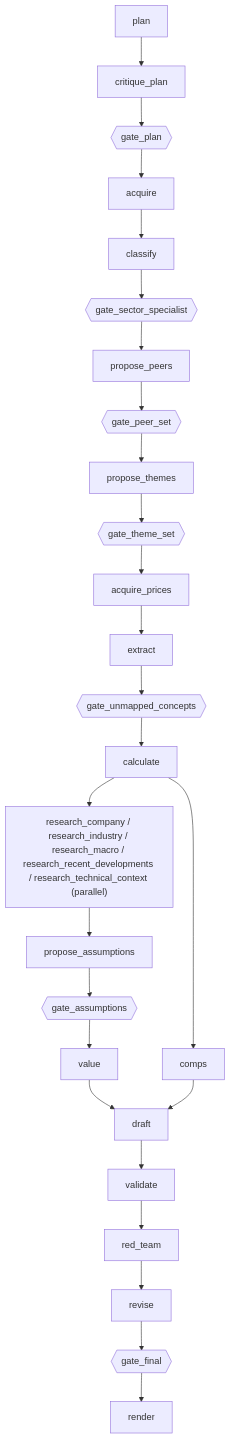
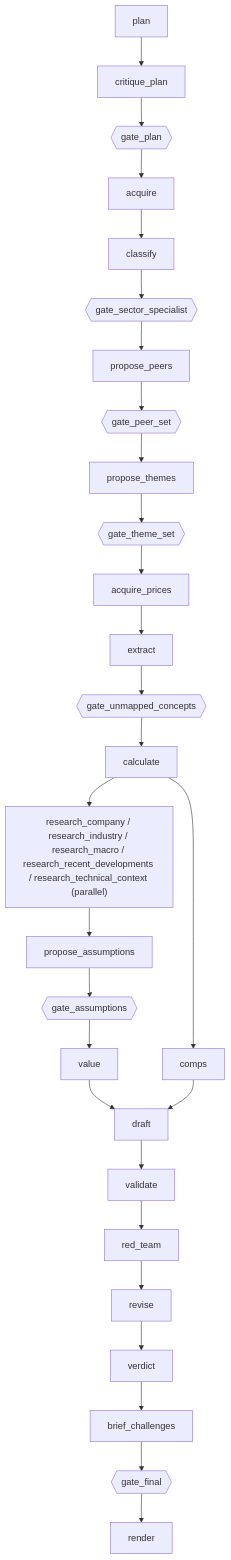
The first of 2 diagrams in docs/developers/knowledge-map.md (rzeminski16-cell/AgeanticInvestmentPlatform), drawn with Mermaid before and after one commit. The commit also changed other lines of this file and 16 other files, not shown here.

````diff
--- a/docs/developers/knowledge-map.md
+++ b/docs/developers/knowledge-map.md
@@ -47,17 +47,18 @@
 ```mermaid
 flowchart TD
     plan --> critique_plan --> gate_plan{{gate_plan}}
     gate_plan --> acquire --> classify
     classify --> gate_sector_specialist{{gate_sector_specialist}}
     gate_sector_specialist --> propose_peers --> gate_peer_set{{gate_peer_set}}
     gate_peer_set --> propose_themes --> gate_theme_set{{gate_theme_set}}
     gate_theme_set --> acquire_prices --> extract
     extract --> gate_unmapped_concepts{{gate_unmapped_concepts}}
     gate_unmapped_concepts --> calculate
     calculate --> research["research_company / research_industry / research_macro / research_recent_developments / research_technical_context (parallel)"]
     calculate --> comps
     research --> propose_assumptions --> gate_assumptions{{gate_assumptions}}
     gate_assumptions --> value --> draft
     comps --> draft
-    draft --> validate --> red_team --> revise --> gate_final{{gate_final}} --> render
+    draft --> validate --> red_team --> revise --> verdict --> brief_challenges
+    brief_challenges --> gate_final{{gate_final}} --> render
 ```
````
